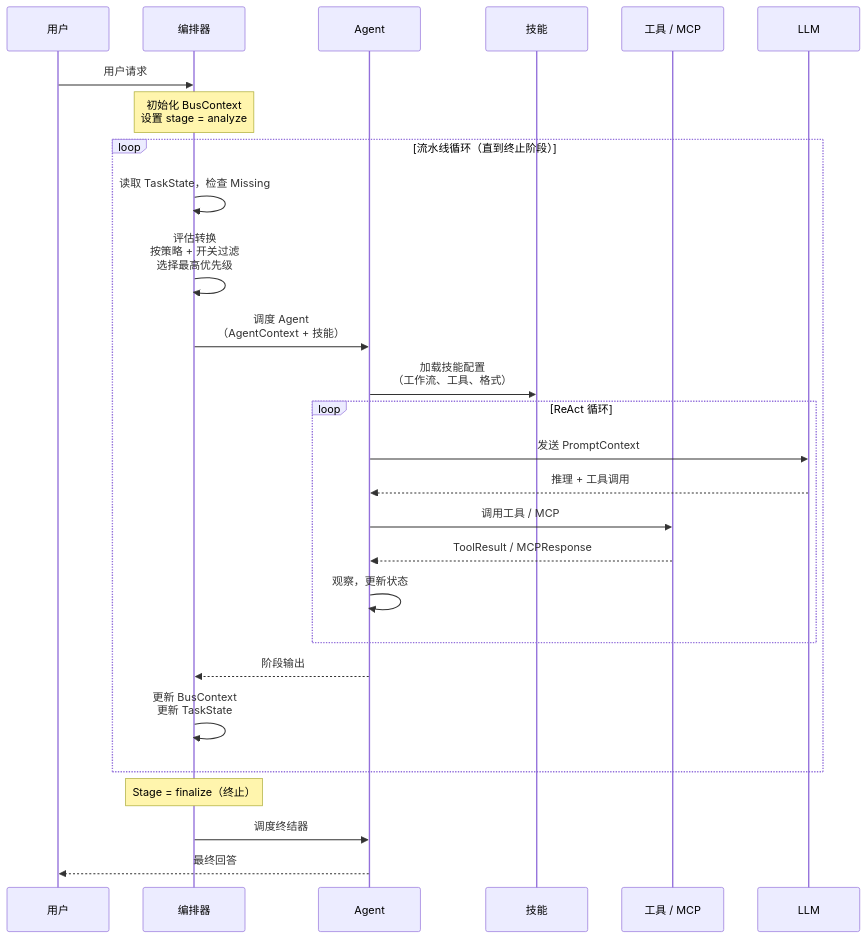
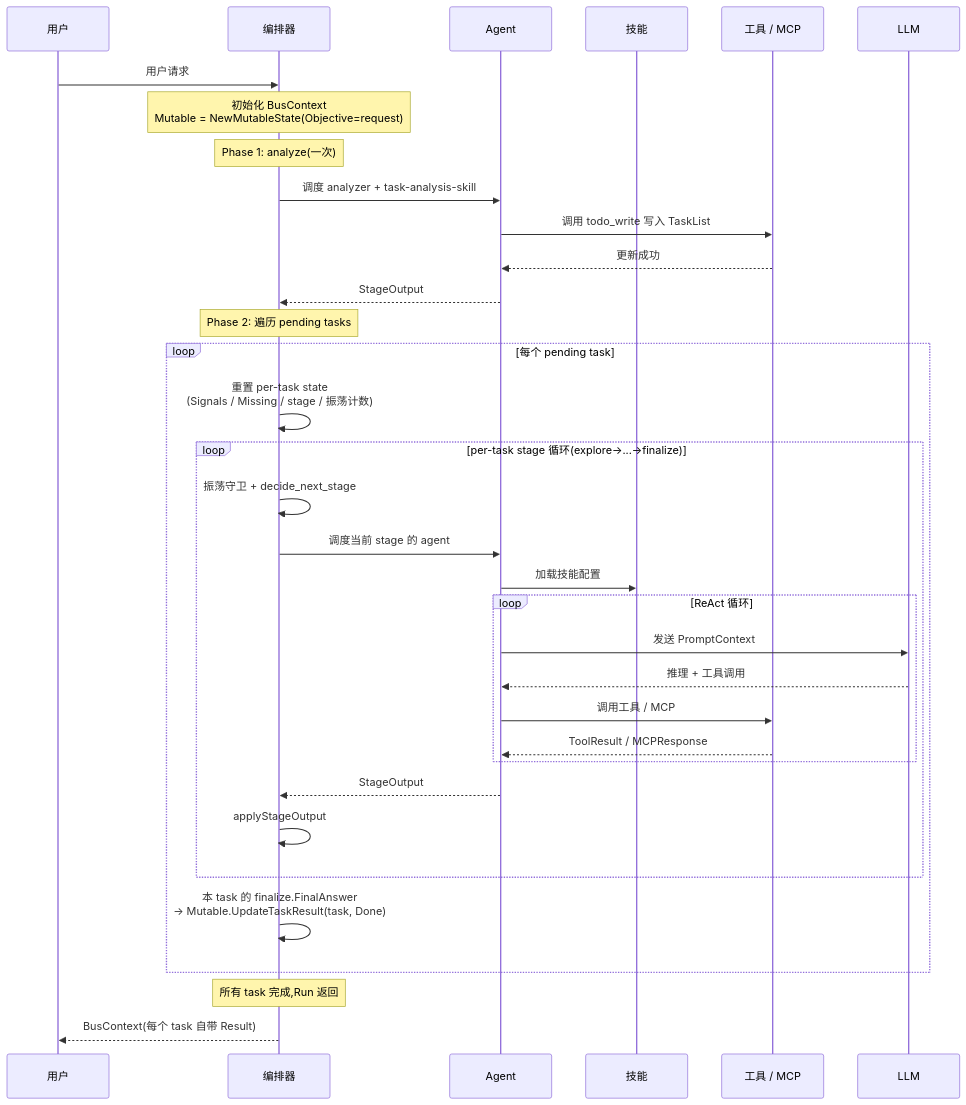
The fourth of 8 diagrams in docs/architecture.md (hanchaoqun/codrax), drawn with Mermaid before and after one commit. The commit also changed other lines of this file, not shown here.

Commit message:
Sync architecture doc with current pipeline model
Several sections of the architecture doc were still describing the
pre-D2 single-loop orchestrator or naming stale symbols that no
longer exist in the codebase:

  - BusContext schema still listed FinalAnswer (removed in D2).
  - The analyze stage's default agent was still "规划器" (planner);
    it became "分析器" (analyzer) back when we split the agent.
  - The end-to-end sequence diagram wrapped everything in a single
    "直到终止阶段" loop; the real shape is two phases (analyze
    once → per-task loop, each task running its own mini-pipeline
    through finalize).
  - "终止检测" was stated as "finalize is the one terminal" without
    clarifying that finalize is per-task terminal, not Run terminal.
  - The step-by-step walkthrough didn't call out the Phase 1 / Phase 2
    split, and didn't mention that tasks get decomposed via
    todo_write with Writing/HighRisk bools.
  - MutableState snippet was missing the helper methods (TaskList/
    SetTaskList/UpdateTaskStatus/UpdateTaskResult/SetCurrentTask)
    and didn't mention that sub-agents are excluded by design.

Update all of these to match the current code. No functional
changes.

````diff
--- a/docs/architecture.md
+++ b/docs/architecture.md
@@ -950,35 +958,40 @@
 ```mermaid
 sequenceDiagram
     participant User as 用户
     participant Orch as 编排器
     participant Agent
     participant Skill as 技能
     participant Tool as 工具 / MCP
     participant LLM
 
     User->>Orch: 用户请求
-    Note over Orch: 初始化 BusContext<br/>设置 stage = analyze
+    Note over Orch: 初始化 BusContext<br/>Mutable = NewMutableState(Objective=request)
 
-    loop 流水线循环（直到终止阶段）
-        Orch->>Orch: 读取 TaskState，检查 Missing
-        Orch->>Orch: 评估转换<br/>按策略 + 开关过滤<br/>选择最高优先级
-        Orch->>Agent: 调度 Agent<br/>（AgentContext + 技能）
+    Note over Orch: Phase 1: analyze(一次)
+    Orch->>Agent: 调度 analyzer + task-analysis-skill
+    Agent->>Tool: 调用 todo_write 写入 TaskList
+    Tool-->>Agent: 更新成功
+    Agent-->>Orch: StageOutput
 
-        Agent->>Skill: 加载技能配置<br/>（工作流、工具、格式）
-
-        loop ReAct 循环
-            Agent->>LLM: 发送 PromptContext
-            LLM-->>Agent: 推理 + 工具调用
-            Agent->>Tool: 调用工具 / MCP
-            Tool-->>Agent: ToolResult / MCPResponse
-            Agent->>Agent: 观察，更新状态
+    Note over Orch: Phase 2: 遍历 pending tasks
+    loop 每个 pending task
+        Orch->>Orch: 重置 per-task state<br/>(Signals / Missing / stage / 振荡计数)
+        loop per-task stage 循环(explore→...→finalize)
+            Orch->>Orch: 振荡守卫 + decide_next_stage
+            Orch->>Agent: 调度当前 stage 的 agent
+            Agent->>Skill: 加载技能配置
+            loop ReAct 循环
+                Agent->>LLM: 发送 PromptContext
+                LLM-->>Agent: 推理 + 工具调用
+                Agent->>Tool: 调用工具 / MCP
+                Tool-->>Agent: ToolResult / MCPResponse
+            end
+            Agent-->>Orch: StageOutput
+            Orch->>Orch: applyStageOutput
         end
-
-        Agent-->>Orch: 阶段输出
-        Orch->>Orch: 更新 BusContext<br/>更新 TaskState
+        Orch->>Orch: 本 task 的 finalize.FinalAnswer<br/>→ Mutable.UpdateTaskResult(task, Done)
     end
 
-    Note over Orch: Stage = finalize（终止）
-    Orch->>Agent: 调度终结器
-    Agent-->>User: 最终回答
+    Note over Orch: 所有 task 完成,Run 返回
+    Orch-->>User: BusContext(每个 task 自带 Result)
 ```
````
